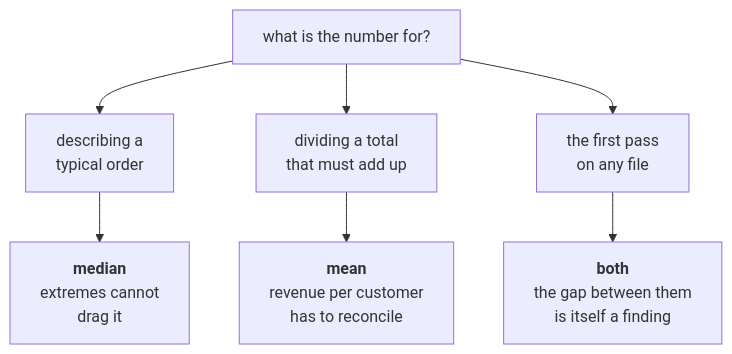
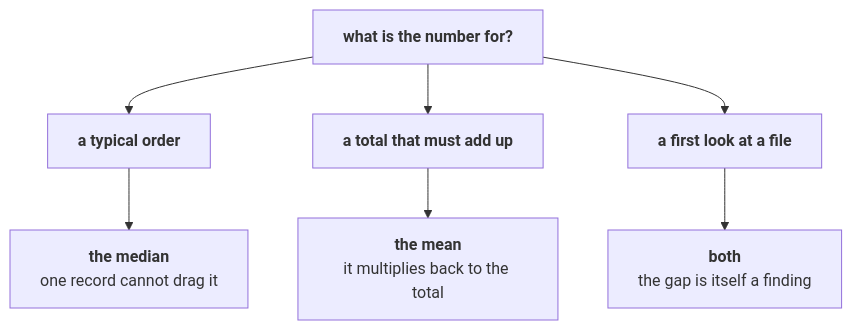
The fifth of 7 diagrams in content/W01/D1/slides/C2_W01_D01_half2_STUDENT.md (fde-academy-lab/c2-content-factory), drawn with Mermaid before and after one commit. The commit also changed other lines of this file and 3 other files, not shown here.

````diff
--- a/content/W01/D1/slides/C2_W01_D01_half2_STUDENT.md
+++ b/content/W01/D1/slides/C2_W01_D01_half2_STUDENT.md
@@ -189,7 +403,9 @@
 ```mermaid
 flowchart TB
-    Q["what is the number for?"]
-    Q --> A["describing a<br/>typical order"] --> A2["<b>median</b><br/>extremes cannot<br/>drag it"]
-    Q --> B["dividing a total<br/>that must add up"] --> B2["<b>mean</b><br/>revenue per customer<br/>has to reconcile"]
-    Q --> C["the first pass<br/>on any file"] --> C2["<b>both</b><br/>the gap between them<br/>is itself a finding"]
+    Q["<b>what is the number for?</b>"] --> A["<b>a typical order</b>"]
+    Q --> B["<b>a total that must add up</b>"]
+    Q --> C["<b>a first look at a file</b>"]
+    A --> A2["<b>the median</b><br/>one record cannot drag it"]
+    B --> B2["<b>the mean</b><br/>it multiplies back to the total"]
+    C --> C2["<b>both</b><br/>the gap is itself a finding"]
 ```
````
